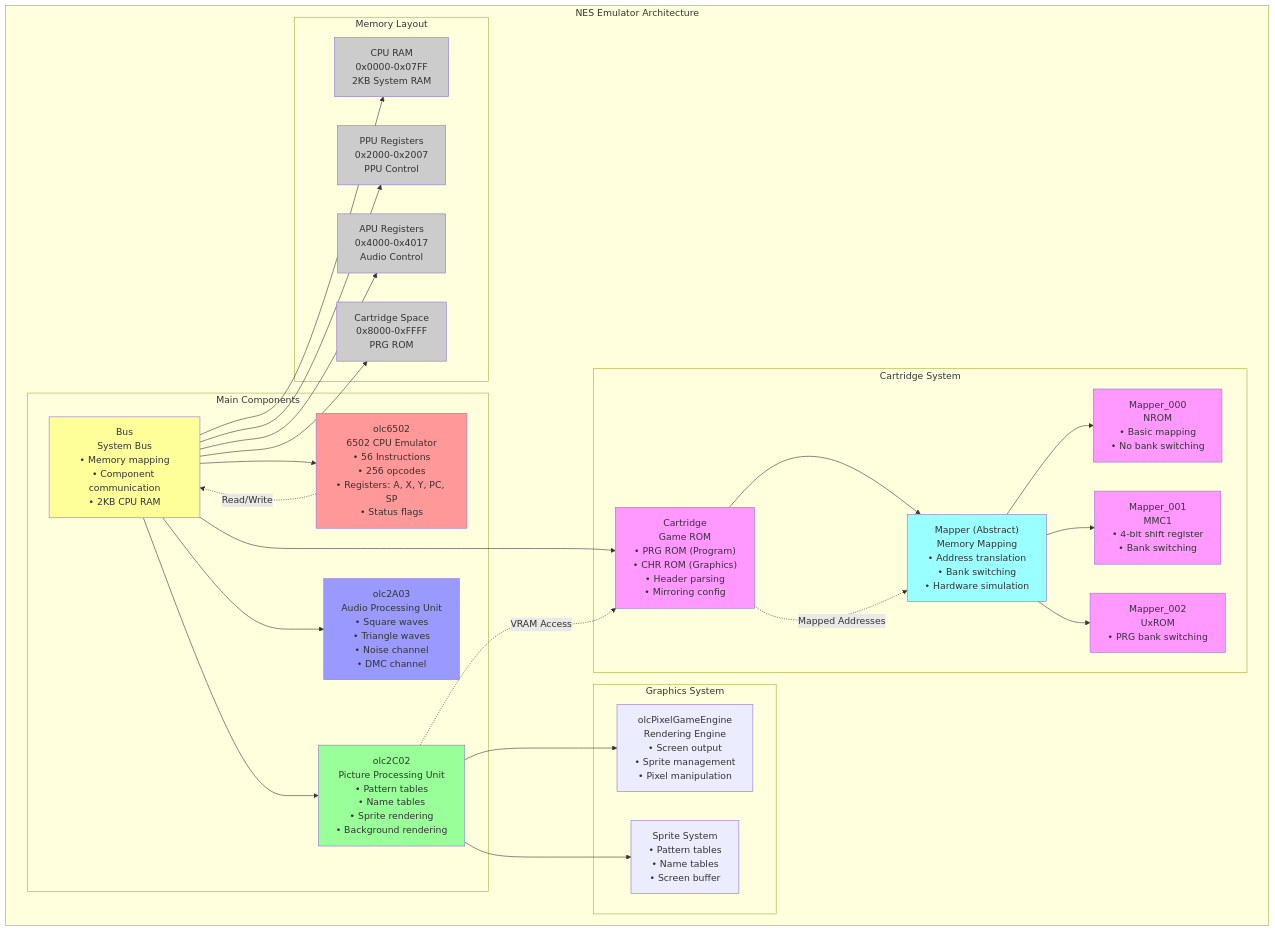
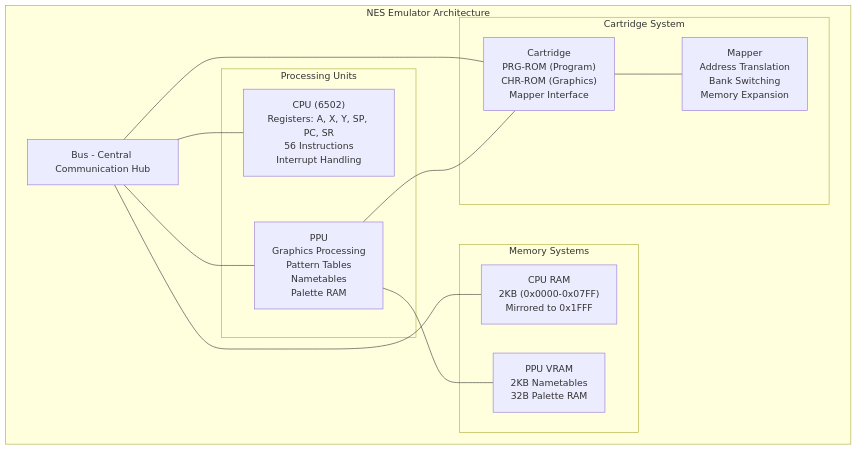
The first of 2 diagrams in README.md (Kunal-Katkar/NES-Emulator), drawn with Mermaid before and after one commit. The commit also changed other lines of this file, not shown here.

````diff
--- a/README.md
+++ b/README.md
@@ -9,74 +9,29 @@
 ```mermaid
 graph TB
-    subgraph "NES Emulator Architecture"
-        subgraph "Main Components"
-            CPU["olc6502<br/>6502 CPU Emulator<br/>• 56 Instructions<br/>• 256 opcodes<br/>• Registers: A, X, Y, PC, SP<br/>• Status flags"]
-            PPU["olc2C02<br/>Picture Processing Unit<br/>• Pattern tables<br/>• Name tables<br/>• Sprite rendering<br/>• Background rendering"]
-            APU["olc2A03<br/>Audio Processing Unit<br/>• Square waves<br/>• Triangle waves<br/>• Noise channel<br/>• DMC channel"]
-            BUS["Bus<br/>System Bus<br/>• Memory mapping<br/>• Component communication<br/>• 2KB CPU RAM"]
+    subgraph NES["NES Emulator Architecture"]
+        Bus["Bus - Central Communication Hub"]
+        
+        subgraph Processing["Processing Units"]
+            CPU["CPU (6502)<br/>Registers: A, X, Y, SP, PC, SR<br/>56 Instructions<br/>Interrupt Handling"]
+            PPU["PPU<br/>Graphics Processing<br/>Pattern Tables<br/>Nametables<br/>Palette RAM"]
         end
         
-        subgraph "Cartridge System"
-            CART["Cartridge<br/>Game ROM<br/>• PRG ROM (Program)<br/>• CHR ROM (Graphics)<br/>• Header parsing<br/>• Mirroring config"]
-            MAPPER["Mapper (Abstract)<br/>Memory Mapping<br/>• Address translation<br/>• Bank switching<br/>• Hardware simulation"]
-            MAP000["Mapper_000<br/>NROM<br/>• Basic mapping<br/>• No bank switching"]
-            MAP001["Mapper_001<br/>MMC1<br/>• 4-bit shift register<br/>• Bank switching"]
-            MAP002["Mapper_002<br/>UxROM<br/>• PRG bank switching"]
+        subgraph Memory["Memory Systems"]
+            RAM["CPU RAM<br/>2KB (0x0000-0x07FF)<br/>Mirrored to 0x1FFF"]
+            VRAM["PPU VRAM<br/>2KB Nametables<br/>32B Palette RAM"]
         end
         
-        subgraph "Graphics System"
-            PGE["olcPixelGameEngine<br/>Rendering Engine<br/>• Screen output<br/>• Sprite management<br/>• Pixel manipulation"]
-            SPRITES["Sprite System<br/>• Pattern tables<br/>• Name tables<br/>• Screen buffer"]
-        end
-        
-        subgraph "Memory Layout"
-            CPURAM["CPU RAM<br/>0x0000-0x07FF<br/>2KB System RAM"]
-            PPUREG["PPU Registers<br/>0x2000-0x2007<br/>PPU Control"]
-            APUREG["APU Registers<br/>0x4000-0x4017<br/>Audio Control"]
-            CARTSPACE["Cartridge Space<br/>0x8000-0xFFFF<br/>PRG ROM"]
+        subgraph Cartridge["Cartridge System"]
+            Cart["Cartridge<br/>PRG-ROM (Program)<br/>CHR-ROM (Graphics)<br/>Mapper Interface"]
+            Mapper["Mapper<br/>Address Translation<br/>Bank Switching<br/>Memory Expansion"]
         end
     end
     
-    %% Main connections
-    BUS --> CPU
-    BUS --> PPU
-    BUS --> APU
-    BUS --> CART
-    
-    %% Cartridge connections
-    CART --> MAPPER
-    MAPPER --> MAP000
-    MAPPER --> MAP001
-    MAPPER --> MAP002
-    
-    %% Graphics connections
-    PPU --> PGE
-    PPU --> SPRITES
-    
-    %% Memory connections
-    BUS --> CPURAM
-    BUS --> PPUREG
-    BUS --> APUREG
-    BUS --> CARTSPACE
-    
-    %% Data flow
-    CPU -.->|"Read/Write"| BUS
-    PPU -.->|"VRAM Access"| CART
-    CART -.->|"Mapped Addresses"| MAPPER
-    
-    classDef cpu fill:#ff9999
-    classDef ppu fill:#99ff99
-    classDef apu fill:#9999ff
-    classDef bus fill:#ffff99
-    classDef cart fill:#ff99ff
-    classDef mapper fill:#99ffff
-    classDef memory fill:#cccccc
-    
-    class CPU cpu
-    class PPU ppu
-    class APU apu
-    class BUS bus
-    class CART,MAP000,MAP001,MAP002 cart
-    class MAPPER mapper
-    class CPURAM,PPUREG,APUREG,CARTSPACE memory
+    Bus --- CPU
+    Bus --- PPU
+    Bus --- RAM
+    Bus --- Cart
+    Cart --- Mapper
+    PPU --- VRAM
+    PPU --- Cart
 ```
````
